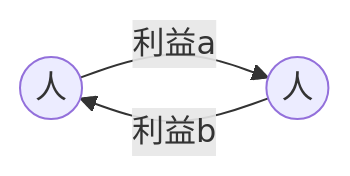
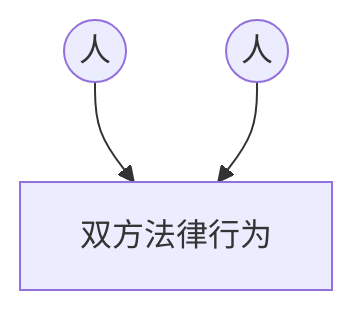
One commit to chilly-chilli/ChillyChilli changed the second of 4 diagrams in content/法学/民商法/民法/民总/IV 法律行为/2. 法律行为的分类.md. Above: the diagram before and after it, drawn with Mermaid. The commit also changed other lines of this file and 23 other files, not shown here.

````diff
--- a/content/法学/民商法/民法/民总/IV 法律行为/2. 法律行为的分类.md
+++ b/content/法学/民商法/民法/民总/IV 法律行为/2. 法律行为的分类.md
@@ -49,7 +49,4 @@
 ```mermaid
-graph LR
-	A((人)) 
-	B((人)) 
-	A --利益a--> B
-	B --利益b--> A
+graph TD
+	A((人)) & B((人)) --> 双方法律行为
 ```
````
